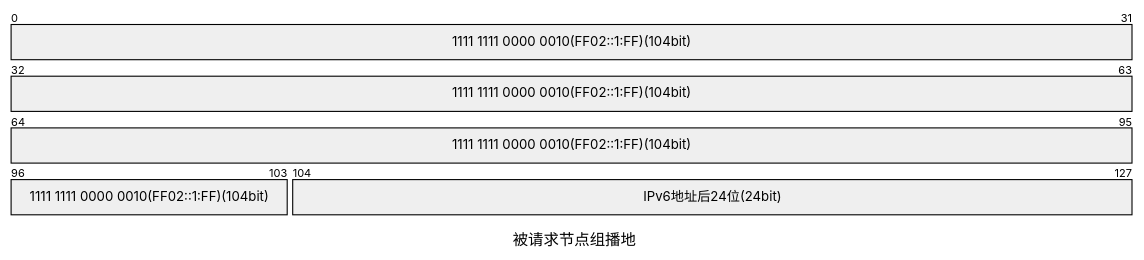
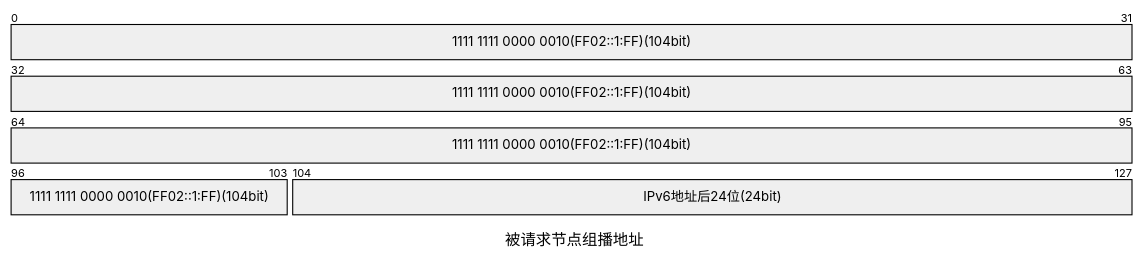
One commit to Wavepoet/hikari_Notes_Datacom changed the sixth of 7 diagrams in 理论/TCP_IP/3.网络层/IPv6.md. Above: the diagram before and after it, drawn with Mermaid. The commit also changed other lines of this file and 44 other files, not shown here.

````diff
--- a/理论/TCP_IP/3.网络层/IPv6.md
+++ b/理论/TCP_IP/3.网络层/IPv6.md
@@ -271,6 +273,6 @@
 ```mermaid
 packet-beta
-title 被请求节点组播地  
+title 被请求节点组播地址
 0-103: "1111 1111 0000 0010(FF02::1:FF)(104bit)"
 104-127: "IPv6地址后24位(24bit)"
 ```
````
